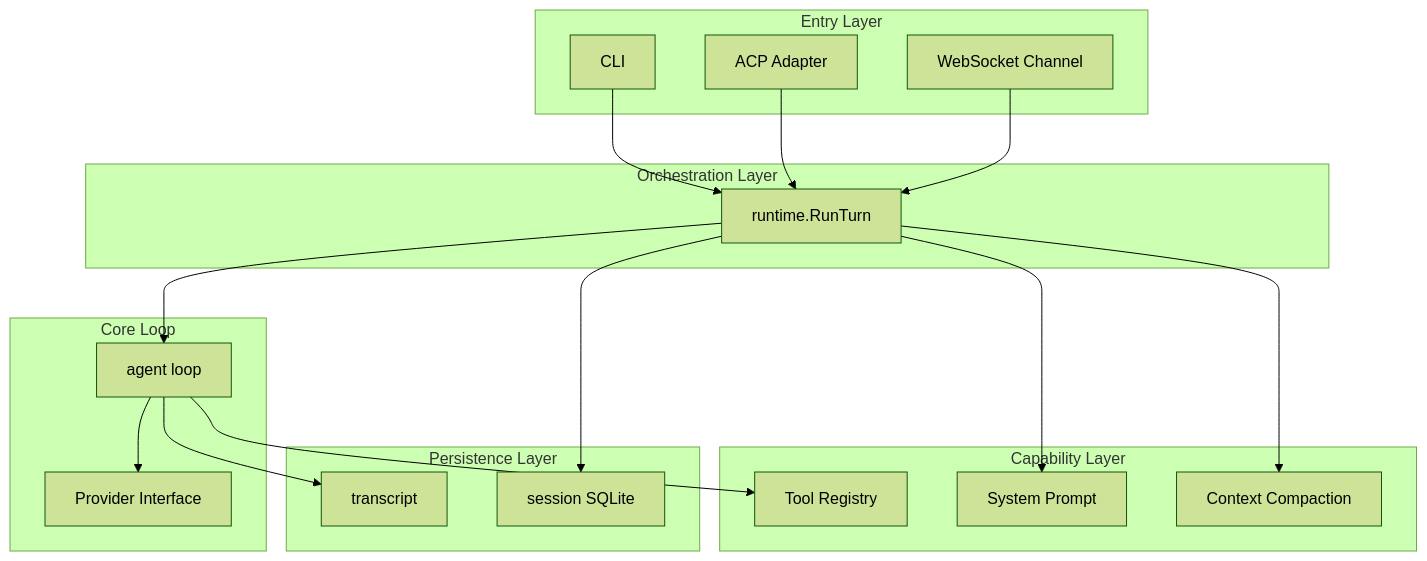
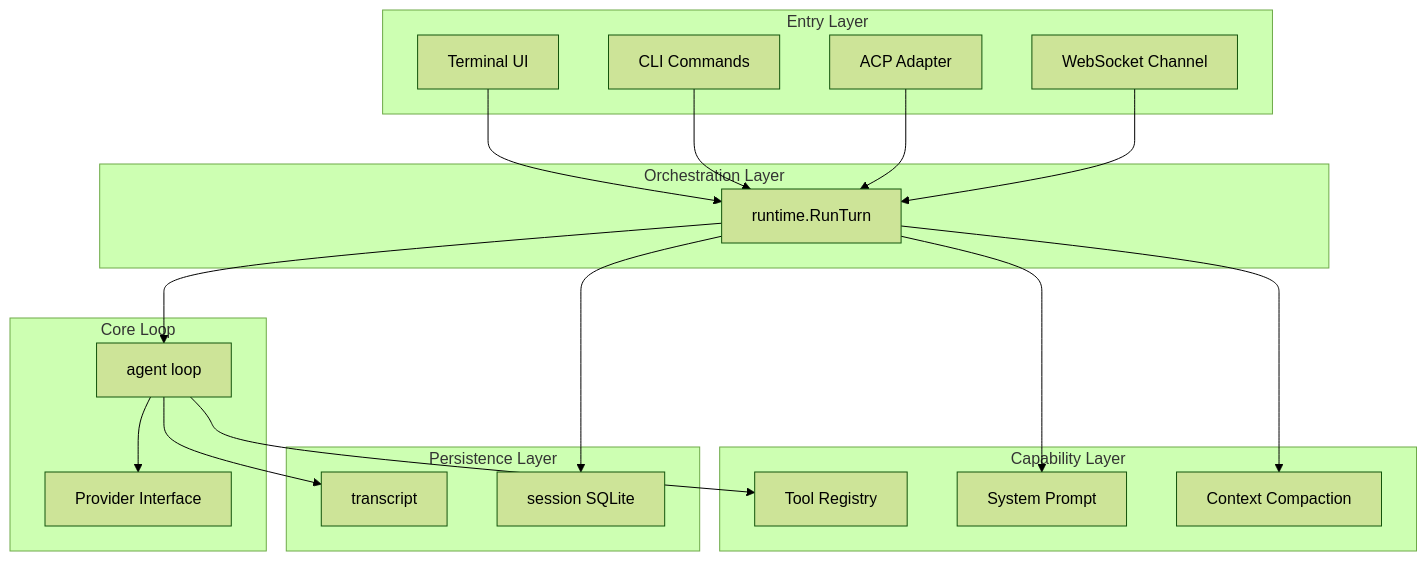
One commit to gvenusleo/Atlas changed the first of 2 diagrams in docs/architecture.md. Above: the diagram before and after it, drawn with Mermaid (forest theme). The commit also changed other lines of this file and 9 other files, not shown here.

Commit message:
docs(tui): update interactive terminal documentation

````diff
--- a/docs/architecture.md
+++ b/docs/architecture.md
@@ -9,39 +9,41 @@
 ```mermaid
 graph TD
     subgraph Entry Layer
-        CLI[CLI]
+        TUI[Terminal UI]
+        CLI[CLI Commands]
         ACP[ACP Adapter]
         WS[WebSocket Channel]
     end
 
     subgraph Orchestration Layer
         RT[runtime.RunTurn]
     end
 
     subgraph Core Loop
         AG[agent loop]
         PR[Provider Interface]
     end
 
     subgraph Capability Layer
         TOOLS[Tool Registry]
         PRMPT[System Prompt]
         CMP[Context Compaction]
     end
 
     subgraph Persistence Layer
         TR[transcript]
         SS[session SQLite]
     end
 
+    TUI --> RT
     CLI --> RT
     ACP --> RT
     WS --> RT
     RT --> AG
     AG --> PR
     AG --> TOOLS
     RT --> PRMPT
     RT --> CMP
     AG --> TR
     RT --> SS
 ```
````
